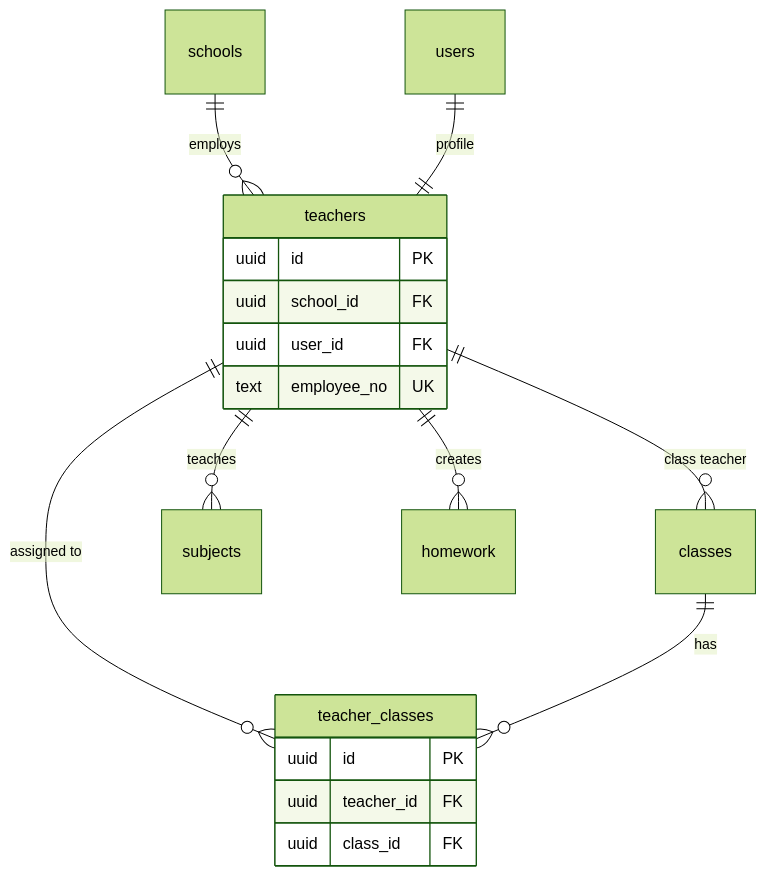
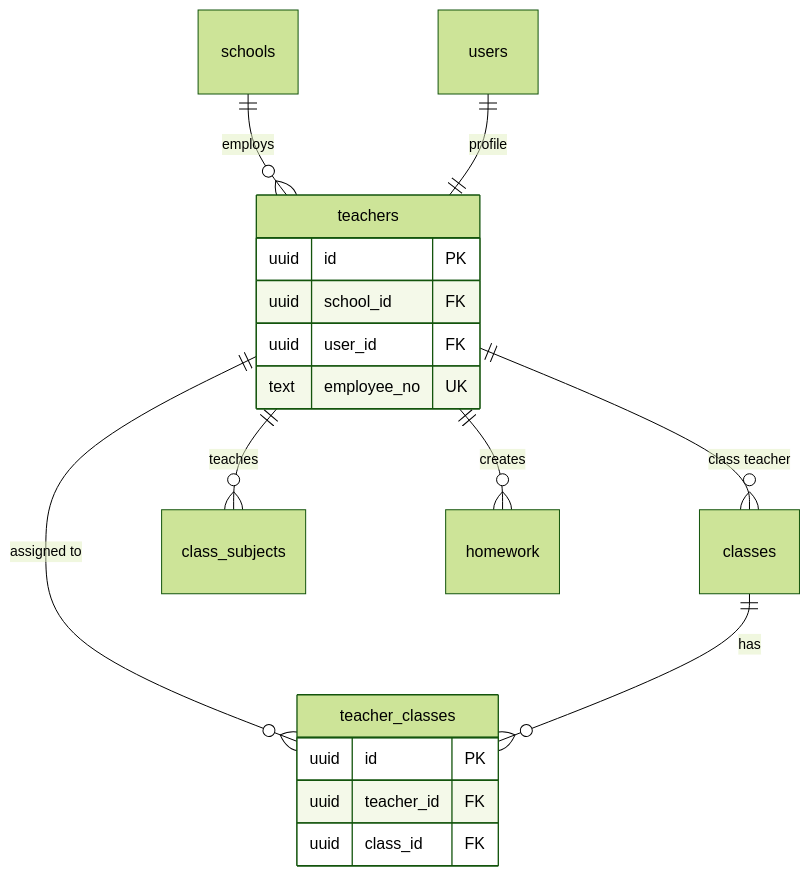
Before and after one commit to rahmat058/school-flow-ai: the sixth of 48 diagrams in docs/backend/Database.md, drawn with Mermaid (forest theme). The commit also changed other lines of this file and 26 other files, not shown here.

````diff
--- a/docs/backend/Database.md
+++ b/docs/backend/Database.md
@@ -345,22 +345,22 @@
 ```mermaid
 erDiagram
   schools ||--o{ teachers : "employs"
   users ||--|| teachers : "profile"
   teachers ||--o{ classes : "class teacher"
-  teachers ||--o{ subjects : "teaches"
+  teachers ||--o{ class_subjects : "teaches"
   teachers ||--o{ homework : "creates"
   teachers ||--o{ teacher_classes : "assigned to"
   classes ||--o{ teacher_classes : "has"
   teacher_classes {
     uuid id PK
     uuid teacher_id FK
     uuid class_id FK
   }
 
   teachers {
     uuid id PK
     uuid school_id FK
     uuid user_id FK
     text employee_no UK
   }
 ```
````
